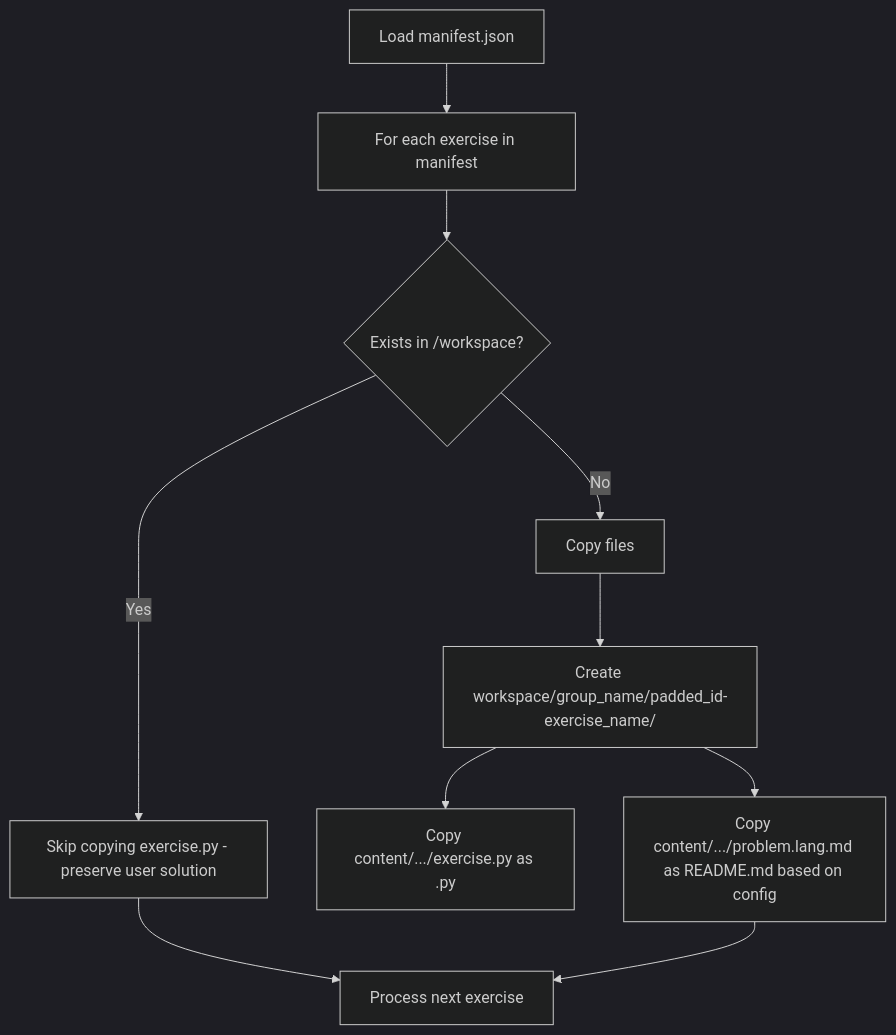
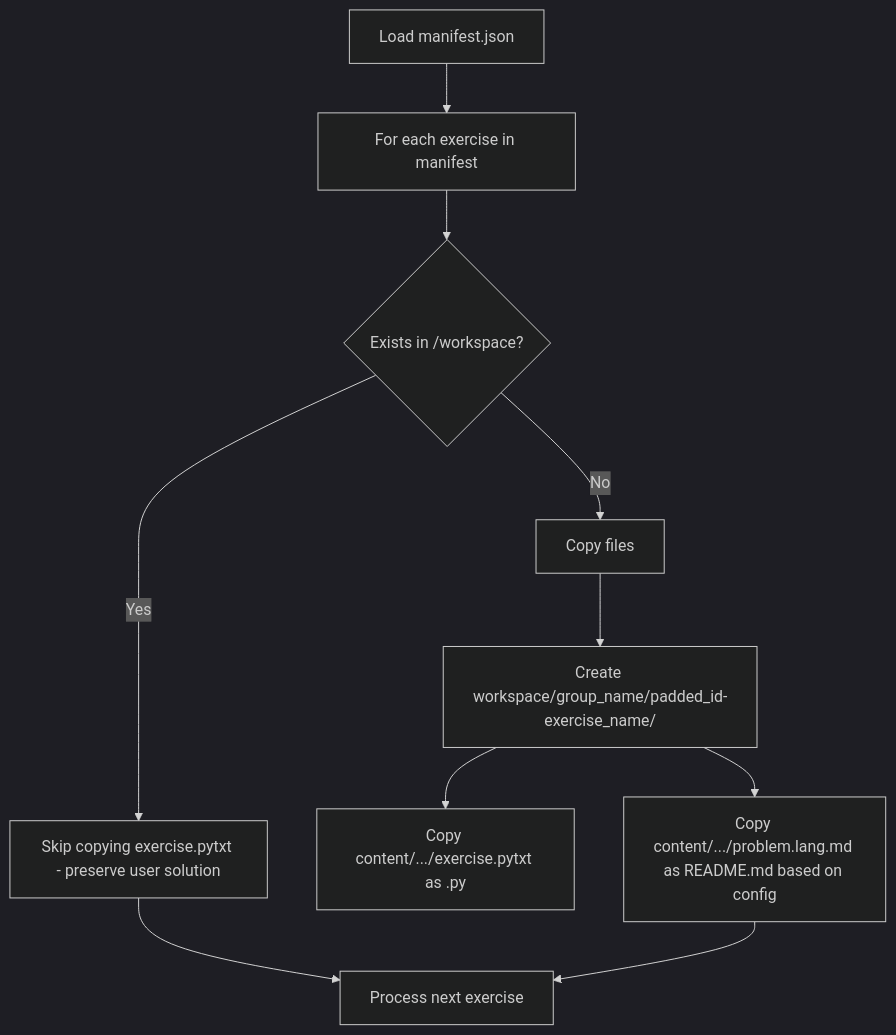
The second of 4 diagrams in docs/cli.md (kiskaadee/type-hints), drawn with Mermaid (dark theme) before and after one commit. The commit also changed 6 other files, not shown here.

First line of the commit message:
refactor(content): rename exercise boilerplate files to .pytxt

````diff
--- a/docs/cli.md
+++ b/docs/cli.md
@@ -38,12 +38,12 @@
 ```mermaid
 flowchart TD
     Start[Load manifest.json] --> Loop[For each exercise in manifest]
     Loop --> Check{Exists in /workspace?}
-    Check -- Yes --> Skip[Skip copying exercise.py - preserve user solution]
+    Check -- Yes --> Skip[Skip copying exercise.pytxt - preserve user solution]
     Check -- No --> Copy[Copy files]
     Copy --> CreateDir[Create workspace/group_name/padded_id-exercise_name/]
-    CreateDir --> CopyCode[Copy content/.../exercise.py as <exercise_name>.py]
+    CreateDir --> CopyCode[Copy content/.../exercise.pytxt as <exercise_name>.py]
     CreateDir --> CopyLang[Copy content/.../problem.lang.md as README.md based on config]
     Skip --> Next[Process next exercise]
     CopyLang --> Next
 ```
````
